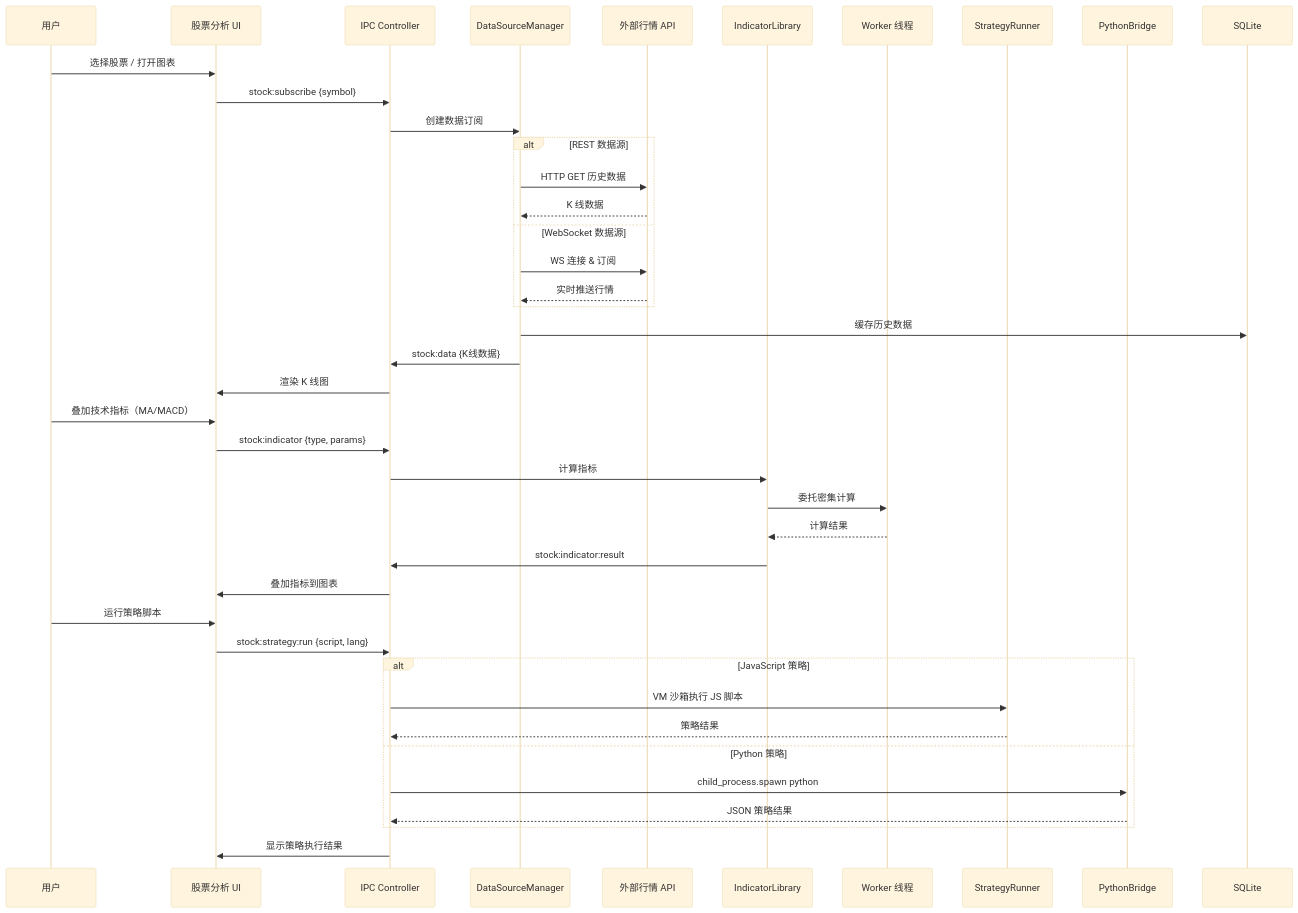
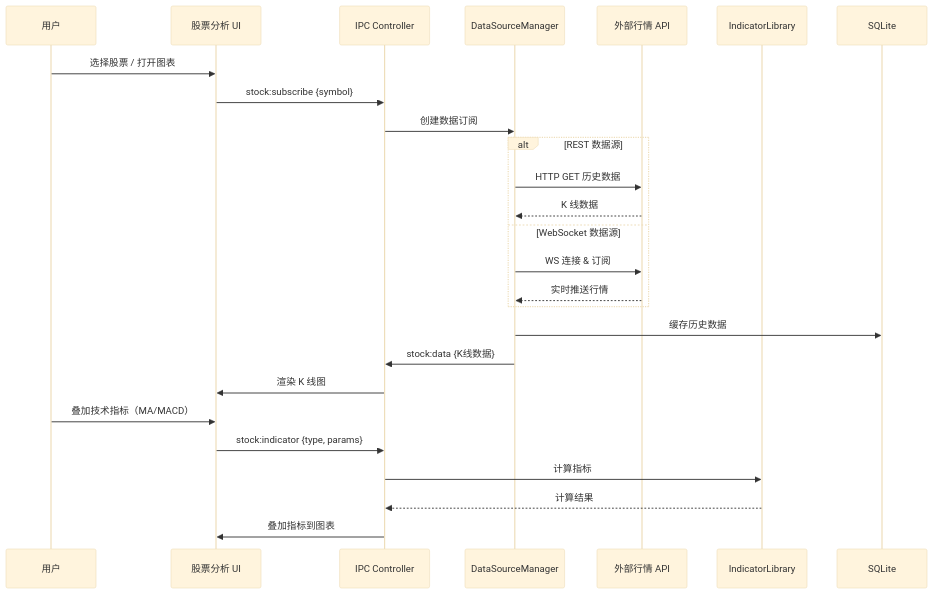
The fifth of 9 diagrams in docs/architecture.md (Oracle0703/yclaw), drawn with Mermaid (base theme) before and after one commit. The commit also changed other lines of this file and 29 other files, not shown here.

````diff
--- a/docs/architecture.md
+++ b/docs/architecture.md
@@ -248,50 +259,32 @@
 ```mermaid
 sequenceDiagram
     participant User as 用户
     participant UI as 股票分析 UI
     participant IPC as IPC Controller
     participant DSM as DataSourceManager
     participant API as 外部行情 API
     participant IL as IndicatorLibrary
-    participant Worker as Worker 线程
-    participant SR as StrategyRunner
-    participant PB as PythonBridge
     participant DB as SQLite
 
     User->>UI: 选择股票 / 打开图表
     UI->>IPC: stock:subscribe {symbol}
     IPC->>DSM: 创建数据订阅
 
     alt REST 数据源
         DSM->>API: HTTP GET 历史数据
         API-->>DSM: K 线数据
     else WebSocket 数据源
         DSM->>API: WS 连接 & 订阅
         API-->>DSM: 实时推送行情
     end
 
     DSM->>DB: 缓存历史数据
     DSM->>IPC: stock:data {K线数据}
     IPC->>UI: 渲染 K 线图
 
     User->>UI: 叠加技术指标（MA/MACD）
     UI->>IPC: stock:indicator {type, params}
     IPC->>IL: 计算指标
-    IL->>Worker: 委托密集计算
-    Worker-->>IL: 计算结果
-    IL->>IPC: stock:indicator:result
+    IL-->>IPC: 计算结果
     IPC->>UI: 叠加指标到图表
-
-    User->>UI: 运行策略脚本
-    UI->>IPC: stock:strategy:run {script, lang}
-
-    alt JavaScript 策略
-        IPC->>SR: VM 沙箱执行 JS 脚本
-        SR-->>IPC: 策略结果
-    else Python 策略
-        IPC->>PB: child_process.spawn python
-        PB-->>IPC: JSON 策略结果
-    end
-
-    IPC->>UI: 显示策略执行结果
 ```
````
